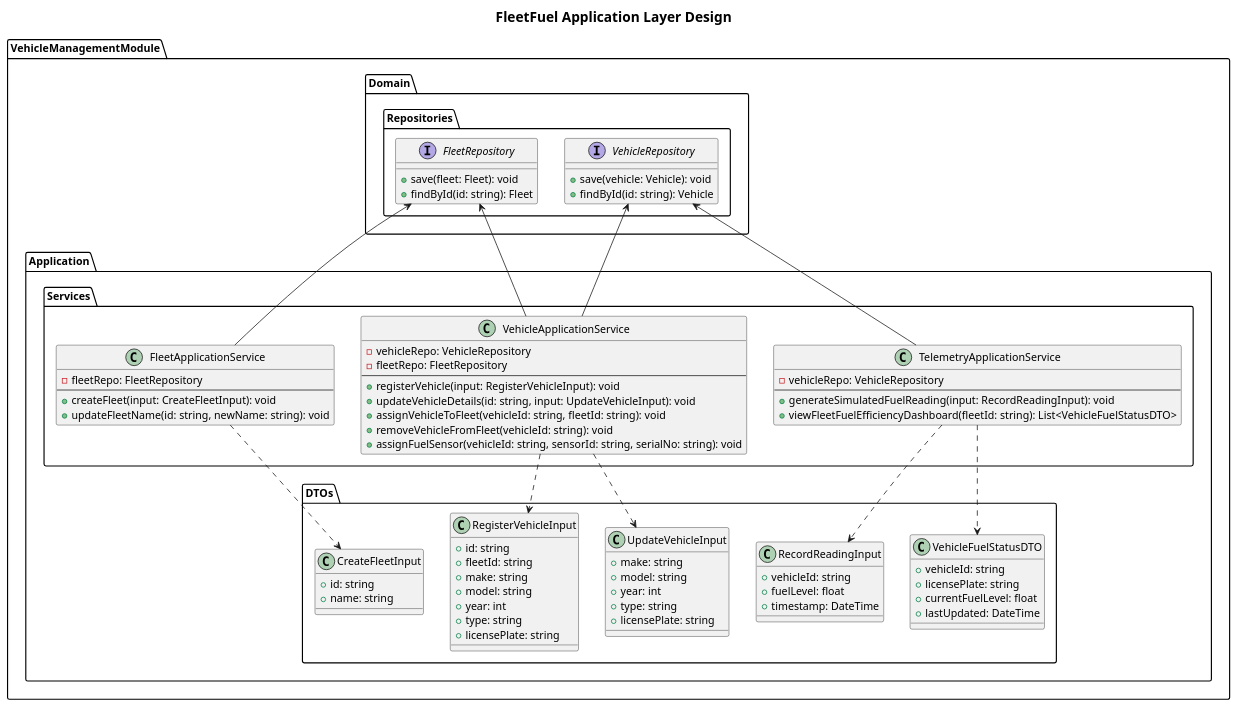
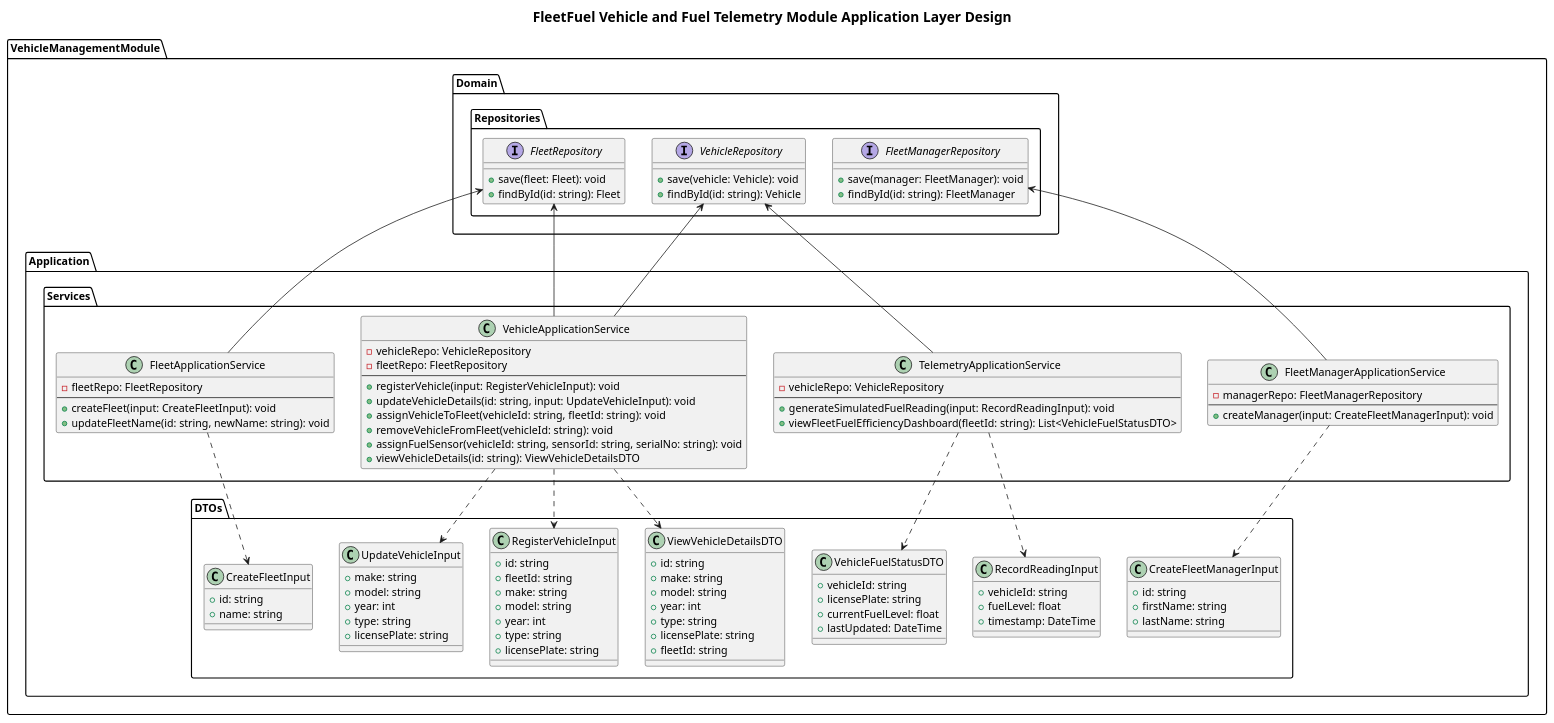
The diagram in Backend/VehicleAndFleetTelemetryModule/Application/application.puml (mirukibs/FleetFuel), drawn with PlantUML before and after one commit. The commit also changed 15 other files, not shown here.

Commit message:
1. Modified the domain layer repositories to remove deletion 2. Added fleet manager creation and view vehicle details to use case and application services 3. Added readme files to each  layer in the module

```diff
--- a/Backend/VehicleAndFleetTelemetryModule/Application/application.puml
+++ b/Backend/VehicleAndFleetTelemetryModule/Application/application.puml
@@ -1,101 +1,131 @@
 @startuml
 skinparam handwritten false
 skinparam titleFontSize 18
 top to bottom direction
-title FleetFuel Application Layer Design
+title FleetFuel Vehicle and Fuel Telemetry Module Application Layer Design
 
 Package VehicleManagementModule {
 
     Package Domain {
         Package Repositories {
             Interface VehicleRepository {
                 + save(vehicle: Vehicle): void
                 + findById(id: string): Vehicle
             }
             Interface FleetRepository {
                 + save(fleet: Fleet): void
                 + findById(id: string): Fleet
+            }
+            Interface FleetManagerRepository {
+                + save(manager: FleetManager): void
+                + findById(id: string): FleetManager
             }
         }
     }
    
     Package Application {
         
         Package DTOs {
             Class CreateFleetInput {
                 + id: string
                 + name: string
             }
             Class RegisterVehicleInput {
                 + id: string
                 + fleetId: string
                 + make: string
                 + model: string
                 + year: int
                 + type: string
                 + licensePlate: string
             }
             Class UpdateVehicleInput {
                 + make: string
                 + model: string
                 + year: int
                 + type: string
                 + licensePlate: string
             }
             Class RecordReadingInput {
                 + vehicleId: string
                 + fuelLevel: float
                 + timestamp: DateTime
             }
             Class VehicleFuelStatusDTO {
                 + vehicleId: string
                 + licensePlate: string
                 + currentFuelLevel: float
                 + lastUpdated: DateTime
             }
+
+            Class CreateFleetManagerInput {
+                + id: string
+                + firstName: string
+                + lastName: string
+            }
+
+            Class ViewVehicleDetailsDTO {
+                + id: string
+                + make: string
+                + model: string
+                + year: int
+                + type: string
+                + licensePlate: string
+                + fleetId: string
+            }
         }
 
         Package Services {
+            Class FleetManagerApplicationService {
+                - managerRepo: FleetManagerRepository
+                ---
+                + createManager(input: CreateFleetManagerInput): void
+            }
+            
             Class FleetApplicationService {
                 - fleetRepo: FleetRepository
                 ---
                 + createFleet(input: CreateFleetInput): void
                 + updateFleetName(id: string, newName: string): void
             }
 
             Class VehicleApplicationService {
                 - vehicleRepo: VehicleRepository
                 - fleetRepo: FleetRepository
                 ---
                 + registerVehicle(input: RegisterVehicleInput): void
                 + updateVehicleDetails(id: string, input: UpdateVehicleInput): void
                 + assignVehicleToFleet(vehicleId: string, fleetId: string): void
                 + removeVehicleFromFleet(vehicleId: string): void
                 + assignFuelSensor(vehicleId: string, sensorId: string, serialNo: string): void
+                + viewVehicleDetails(id: string): ViewVehicleDetailsDTO
             }
 
             Class TelemetryApplicationService {
                 - vehicleRepo: VehicleRepository
                 ---
                 ' Driven by the Simulation Engine Actor
                 + generateSimulatedFuelReading(input: RecordReadingInput): void
                 ' Driven by the Fleet Manager Actor
                 + viewFleetFuelEfficiencyDashboard(fleetId: string): List<VehicleFuelStatusDTO>
             }
         }
 
         ' Layer Dependencies
         VehicleApplicationService ..> RegisterVehicleInput
         VehicleApplicationService ..> UpdateVehicleInput
+        VehicleApplicationService ..> ViewVehicleDetailsDTO
         TelemetryApplicationService ..> RecordReadingInput
         TelemetryApplicationService ..> VehicleFuelStatusDTO
         FleetApplicationService ..> CreateFleetInput
+        FleetManagerApplicationService ..> CreateFleetManagerInput
     }
 
     ' Orchestration links
     FleetApplicationService -up-> FleetRepository
     VehicleApplicationService -up-> VehicleRepository
     VehicleApplicationService -up-> FleetRepository
     TelemetryApplicationService -up-> VehicleRepository
+    FleetManagerApplicationService -up-> FleetManagerRepository
 }
 @enduml
```
